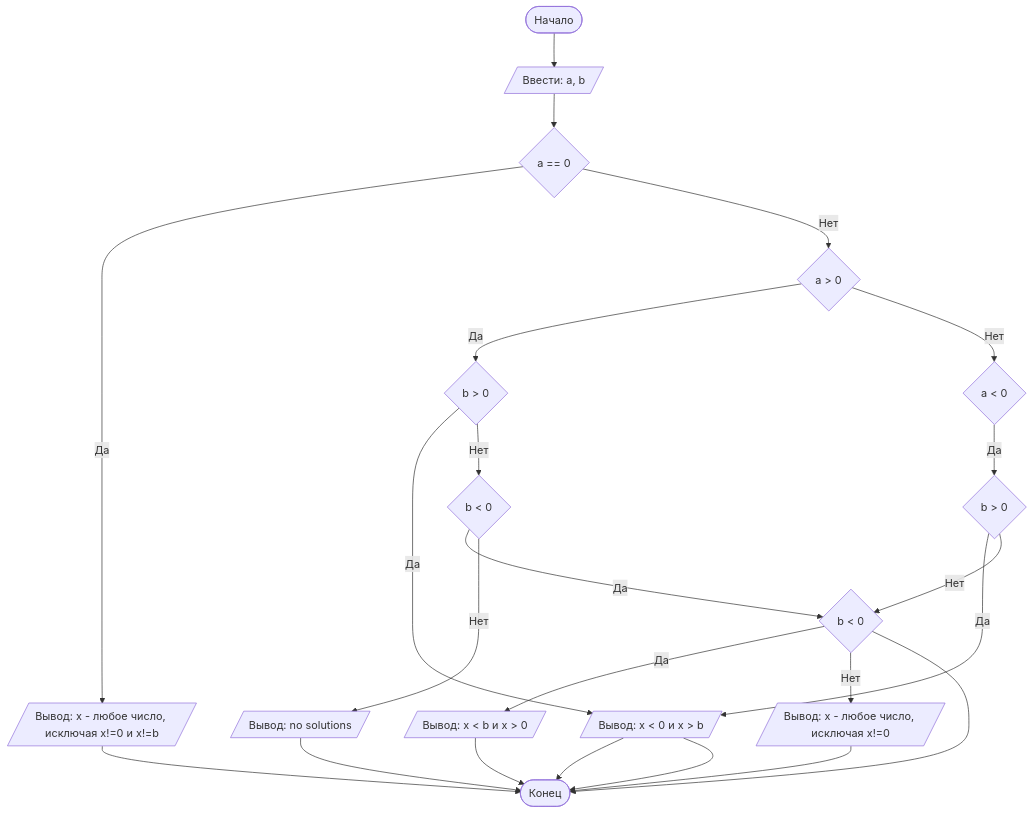
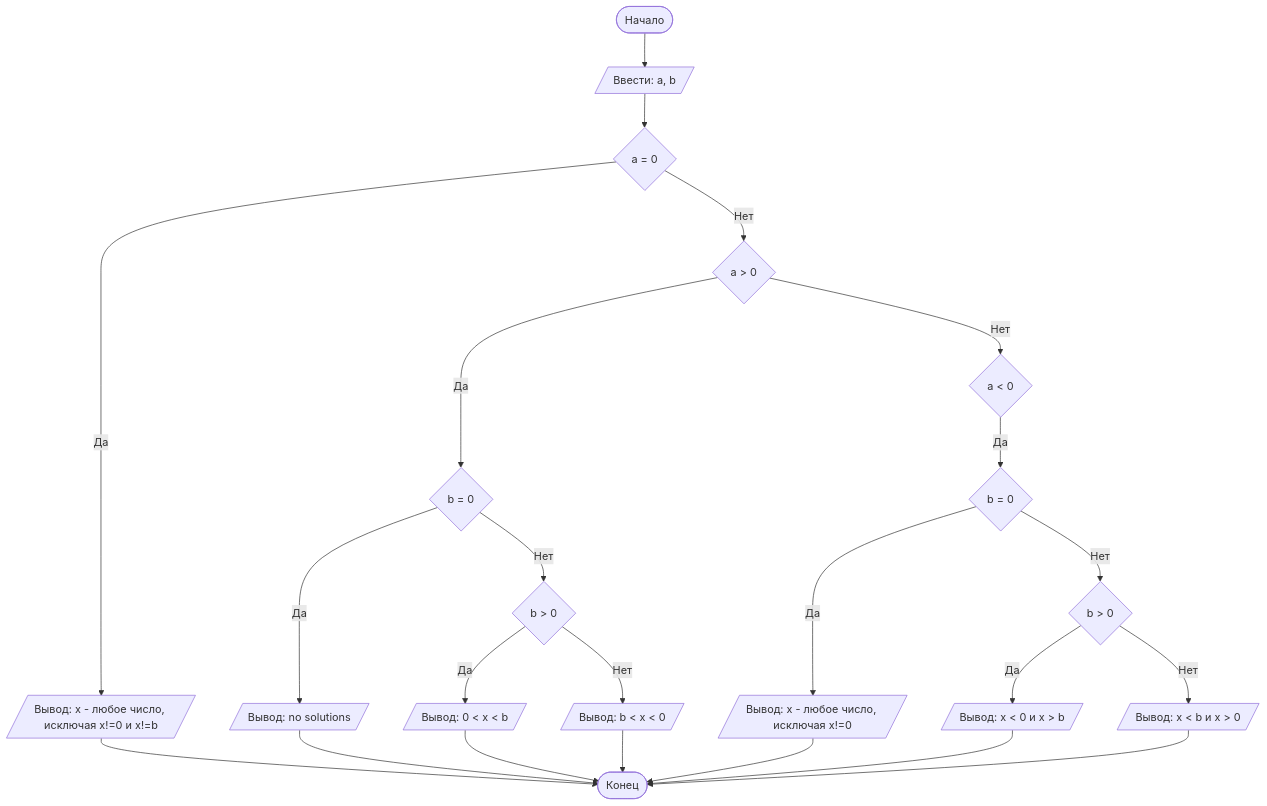
One commit to CuUDrNA4nODYVi5/laboratory1 changed the diagram in README.md. Above: the diagram before and after it, drawn with Mermaid. The commit also changed other lines of this file, not shown here.

````diff
--- a/README.md
+++ b/README.md
@@ -111,26 +80,26 @@
 ```mermaid
     graph TD
-    A([Начало])--> B[/ Ввести: a, b/]
-    B --> C{a == 0}
-    C -- Да --> E[/Вывод: x - любое число, исключая x!=0 и x!=b/]
-    C -- Нет --> D{a > 0}
-    D -- Да --> H{b > 0}
-    D -- Нет --> I{a < 0}
-    H -- Да --> M[/Вывод: 0 < x < b/]
-    H -- Нет --> P{b < 0}
-    P -- Да --> O[/Вывод: b < x < 0/]
-    P -- Нет --> W[/Вывод: no solutions/]
-    I -- Да --> R{b > 0}
-    R -- Да --> M[/Вывод: x < 0 и x > b/]
-    R -- Нет --> O{b < 0}
-    O -- Да --> U[/Вывод: x < b и x > 0/]
-    O -- Нет --> Q[/Вывод: x - любое число, исключая x!=0/]
-    E --> Z
-    M --> Z
-    O --> Z
-    W --> Z
-    M --> Z
-    U --> Z
-    Q --> Z([Конец])
+   A([Начало])--> B[/ Ввести: a, b/]
+   B --> C{a = 0}
+   C -- Да --> E[/Вывод: x - любое число, исключая x!=0 и x!=b/]
+   C -- Нет --> D{a > 0}
+   D -- Да --> H{b = 0}
+   D -- Нет --> I{a < 0}
+   H -- Да --> M[/Вывод: no solutions/]
+   H -- Нет --> P{b > 0}
+   P -- Да --> O[/Вывод: 0 < x < b/]
+   P -- Нет --> W[/Вывод: b < x < 0/]
+   I -- Да --> R{b = 0}
+   R -- Да --> V[/Вывод: x - любое число, исключая x!=0/]
+   R -- Нет --> T{b > 0}
+   T -- Да --> U[/Вывод: x < 0 и x > b /]
+   T -- Нет --> Q[/Вывод: x < b и x > 0 /]
+   E --> Z
+   M --> Z
+   O --> Z
+   W --> Z
+   U --> Z
+   V --> Z
+   Q --> Z([Конец])
 
 ```
````
